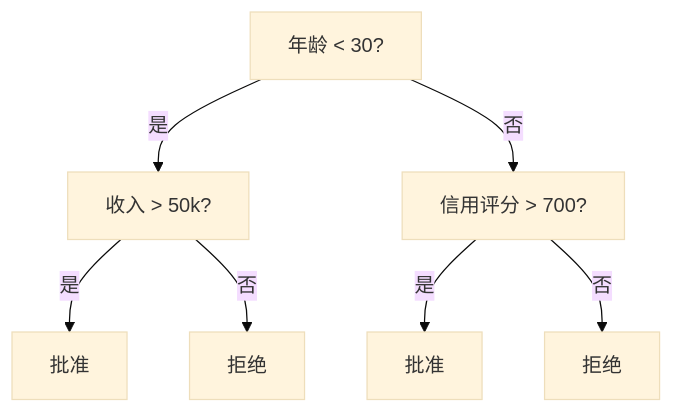
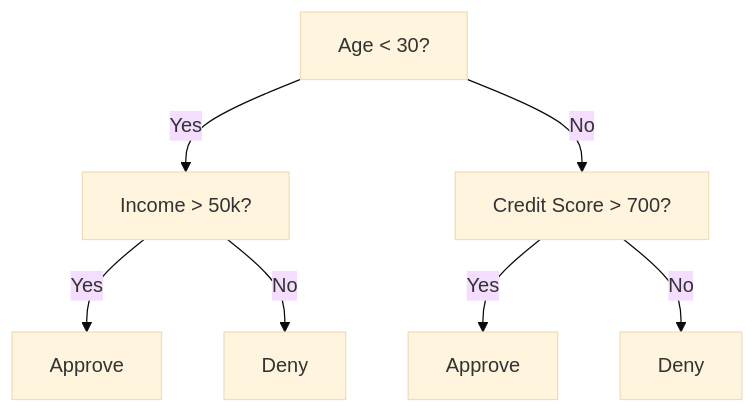
The first of 2 diagrams in i18n/zh/phases/02-ml-fundamentals/04-decision-trees/docs/zh.md (xiaojiaenen/ai-engineering-from-scratch-zh), drawn with Mermaid (base theme) before and after one commit. The commit also changed other lines of this file and 18 other files, not shown here.

````diff
--- a/i18n/zh/phases/02-ml-fundamentals/04-decision-trees/docs/zh.md
+++ b/i18n/zh/phases/02-ml-fundamentals/04-decision-trees/docs/zh.md
@@ -31,9 +31,9 @@
 ```mermaid
 graph TD
-    A["年龄 < 30?"] -->|是| B["收入 > 50k?"]
-    A -->|否| C["信用评分 > 700?"]
-    B -->|是| D["批准"]
-    B -->|否| E["拒绝"]
-    C -->|是| F["批准"]
-    C -->|否| G["拒绝"]
+    A["Age < 30?"] -->|Yes| B["Income > 50k?"]
+    A -->|No| C["Credit Score > 700?"]
+    B -->|Yes| D["Approve"]
+    B -->|No| E["Deny"]
+    C -->|Yes| F["Approve"]
+    C -->|No| G["Deny"]
 ```
````
